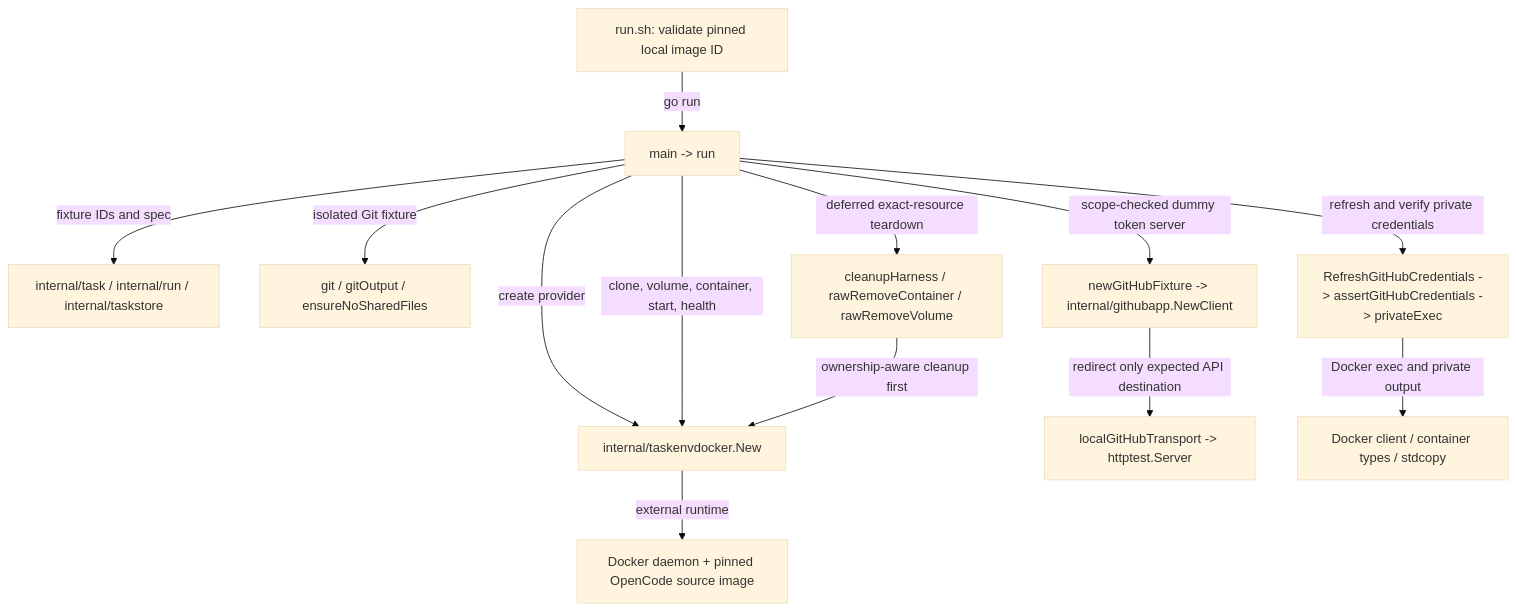
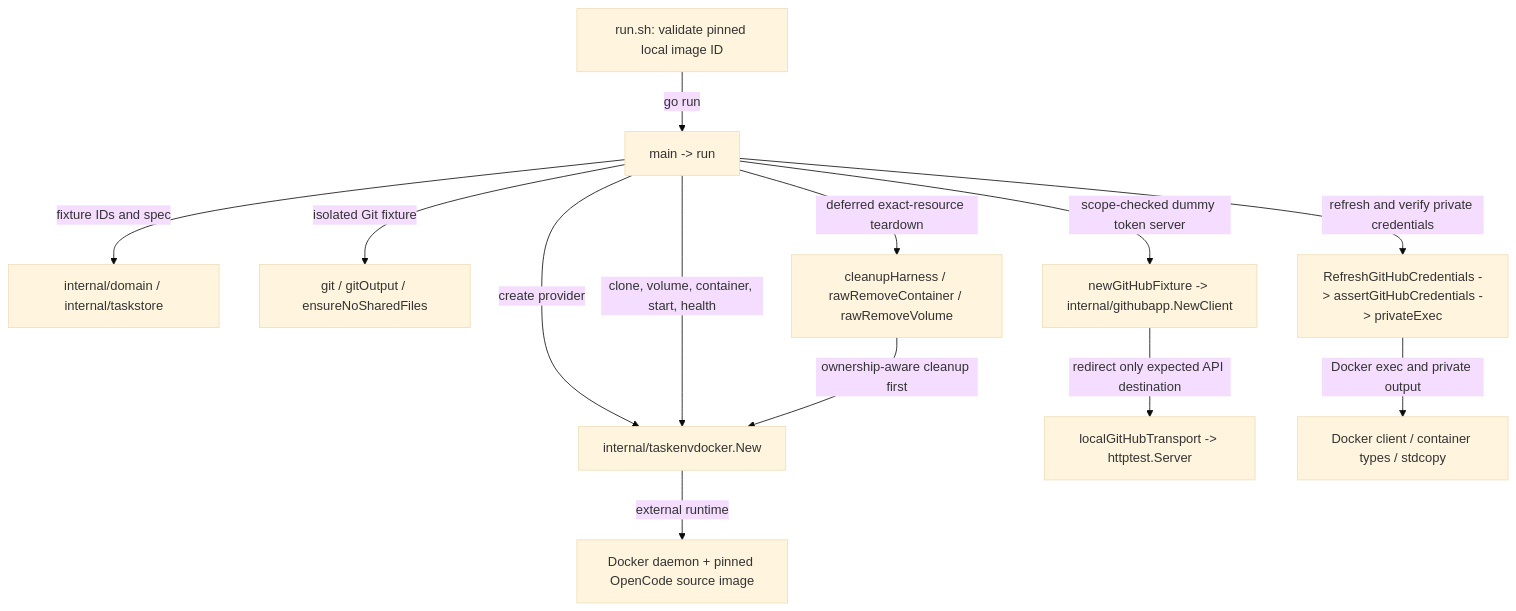
The diagram in integration/background-run-docker/README.md (nebler/fern), drawn with Mermaid (base theme) before and after one commit. The commit also changed 75 other files, not shown here.

First line of the commit message:
refactor: merge task, run, and gitref into internal/domain

````diff
--- a/integration/background-run-docker/README.md
+++ b/integration/background-run-docker/README.md
@@ -12,15 +12,15 @@
 ```mermaid
 flowchart TD
   shell["run.sh: validate pinned local image ID"] -->|"go run"| main["main -> run"]
-  main -->|"fixture IDs and spec"| identity["internal/task / internal/run / internal/taskstore"]
+  main -->|"fixture IDs and spec"| identity["internal/domain / internal/taskstore"]
   main -->|"create provider"| provider["internal/taskenvdocker.New"]
   main -->|"isolated Git fixture"| git["git / gitOutput / ensureNoSharedFiles"]
   main -->|"scope-checked dummy token server"| fixture["newGitHubFixture -> internal/githubapp.NewClient"]
   fixture -->|"redirect only expected API destination"| local["localGitHubTransport -> httptest.Server"]
   main -->|"clone, volume, container, start, health"| provider
   main -->|"refresh and verify private credentials"| credentials["RefreshGitHubCredentials -> assertGitHubCredentials -> privateExec"]
   credentials -->|"Docker exec and private output"| docker["Docker client / container types / stdcopy"]
   provider -->|"external runtime"| daemon["Docker daemon + pinned OpenCode source image"]
   main -->|"deferred exact-resource teardown"| cleanup["cleanupHarness / rawRemoveContainer / rawRemoveVolume"]
   cleanup -->|"ownership-aware cleanup first"| provider
 ```
````
